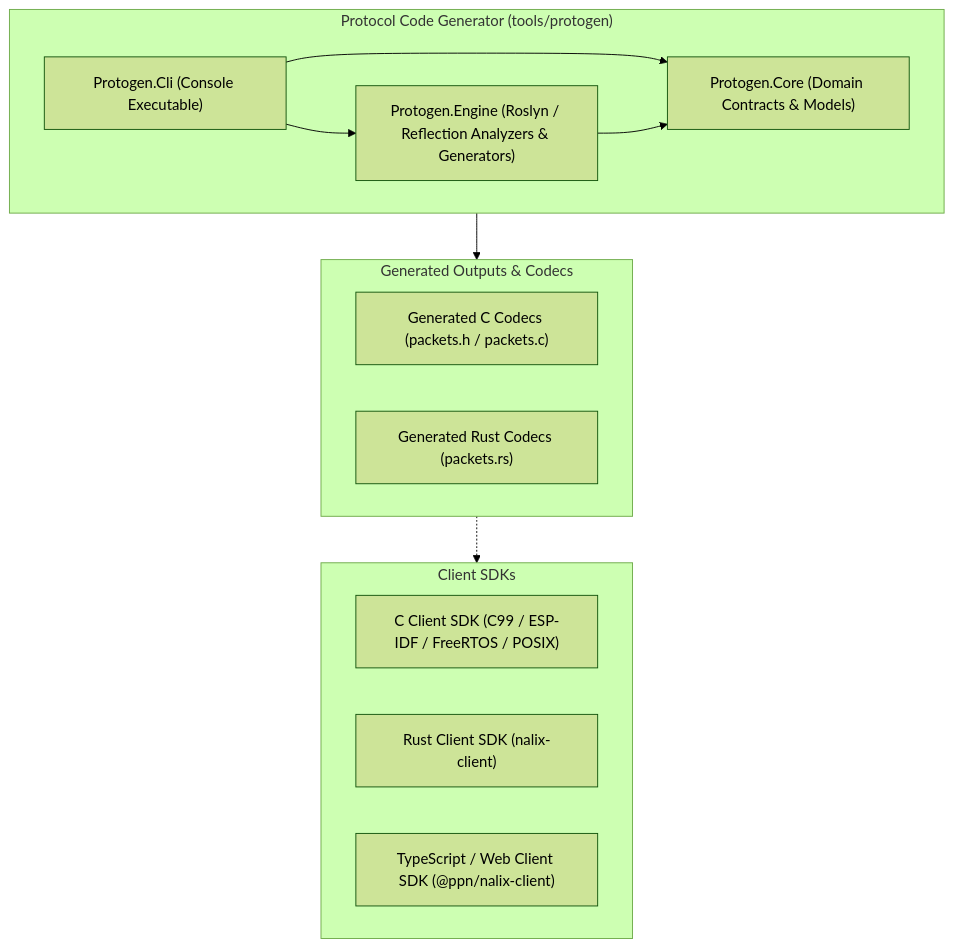
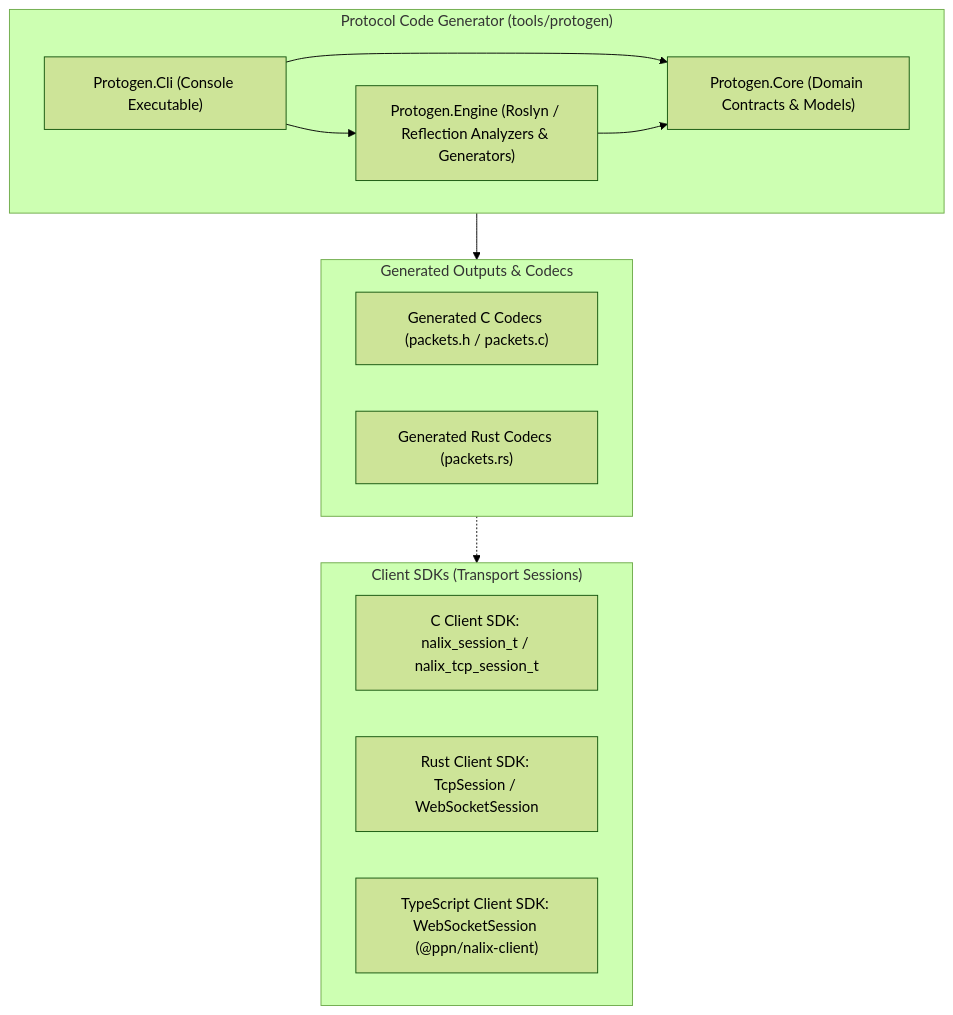
One commit to ppn-systems/nalix-native changed the first of 3 diagrams in docs/ARCHITECTURE.md. Above: the diagram before and after it, drawn with Mermaid (forest theme). The commit also changed other lines of this file and 18 other files, not shown here.

Commit message:
refactor(clients): adopt Session-centric architecture matching Nalix C#

````diff
--- a/docs/ARCHITECTURE.md
+++ b/docs/ARCHITECTURE.md
@@ -11,25 +11,25 @@
 ```mermaid
 graph TD
-    subgraph Clients ["Client SDKs"]
-        ClientC["C Client SDK (C99 / ESP-IDF / FreeRTOS / POSIX)"]
-        ClientRust["Rust Client SDK (nalix-client)"]
-        ClientTS["TypeScript / Web Client SDK (@ppn/nalix-client)"]
+    subgraph Clients ["Client SDKs (Transport Sessions)"]
+        ClientC["C Client SDK: nalix_session_t / nalix_tcp_session_t"]
+        ClientRust["Rust Client SDK: TcpSession / WebSocketSession"]
+        ClientTS["TypeScript Client SDK: WebSocketSession (@ppn/nalix-client)"]
     end
 
     subgraph Tooling ["Protocol Code Generator (tools/protogen)"]
         CLI["Protogen.Cli (Console Executable)"]
         Core["Protogen.Core (Domain Contracts & Models)"]
         Engine["Protogen.Engine (Roslyn / Reflection Analyzers & Generators)"]
         CLI --> Core
         CLI --> Engine
         Engine --> Core
     end
 
     subgraph Outputs ["Generated Outputs & Codecs"]
         CCodecs["Generated C Codecs (packets.h / packets.c)"]
         RustCodecs["Generated Rust Codecs (packets.rs)"]
     end
 
     Tooling --> Outputs
     Outputs -.-> Clients
 ```
````
